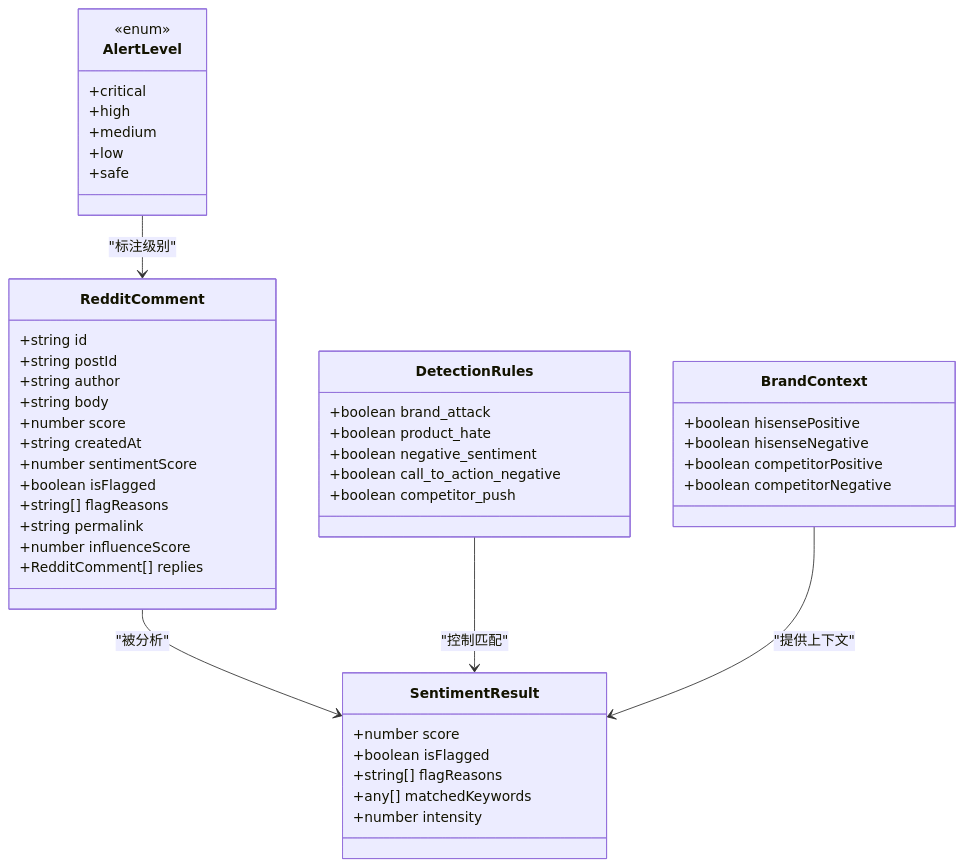
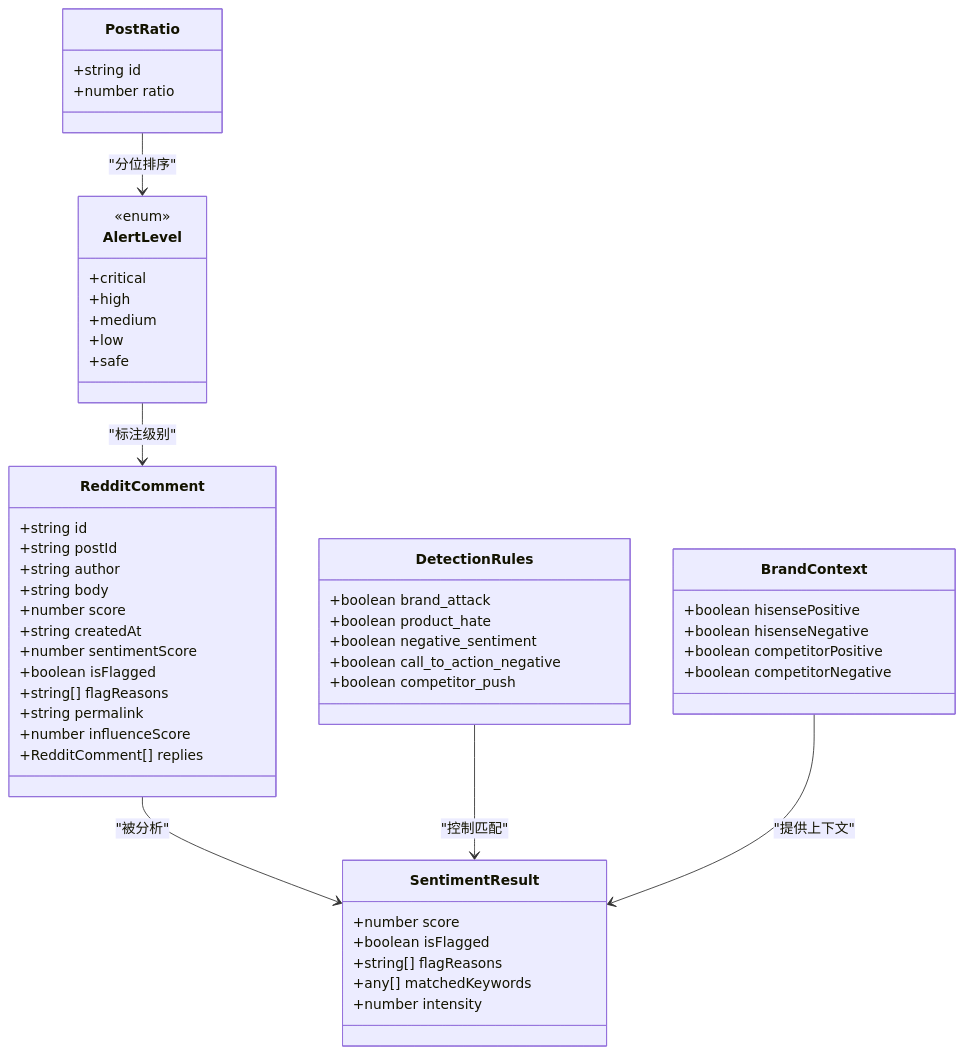
One commit to zezzezzez/reddit changed the seventh of 10 diagrams in .qoder/repowiki/zh/content/核心模块/情感分析引擎.md. Above: the diagram before and after it, drawn with Mermaid. The commit also changed other lines of this file and 21 other files, not shown here.

````diff
--- a/.qoder/repowiki/zh/content/核心模块/情感分析引擎.md
+++ b/.qoder/repowiki/zh/content/核心模块/情感分析引擎.md
@@ -342,49 +446,54 @@
 ```mermaid
 classDiagram
 class RedditComment {
 +string id
 +string postId
 +string author
 +string body
 +number score
 +string createdAt
 +number sentimentScore
 +boolean isFlagged
 +string[] flagReasons
 +string permalink
 +number influenceScore
 +RedditComment[] replies
 }
 class SentimentResult {
 +number score
 +boolean isFlagged
 +string[] flagReasons
 +any[] matchedKeywords
 +number intensity
 }
 class DetectionRules {
 +boolean brand_attack
 +boolean product_hate
 +boolean negative_sentiment
 +boolean call_to_action_negative
 +boolean competitor_push
 }
 class AlertLevel {
 <<enum>>
 +critical
 +high
 +medium
 +low
 +safe
 }
 class BrandContext {
 +boolean hisensePositive
 +boolean hisenseNegative
 +boolean competitorPositive
 +boolean competitorNegative
 }
+class PostRatio {
++string id
++number ratio
+}
 RedditComment --> SentimentResult : "被分析"
 DetectionRules --> SentimentResult : "控制匹配"
 AlertLevel --> RedditComment : "标注级别"
 BrandContext --> SentimentResult : "提供上下文"
+PostRatio --> AlertLevel : "分位排序"
 ```
````
